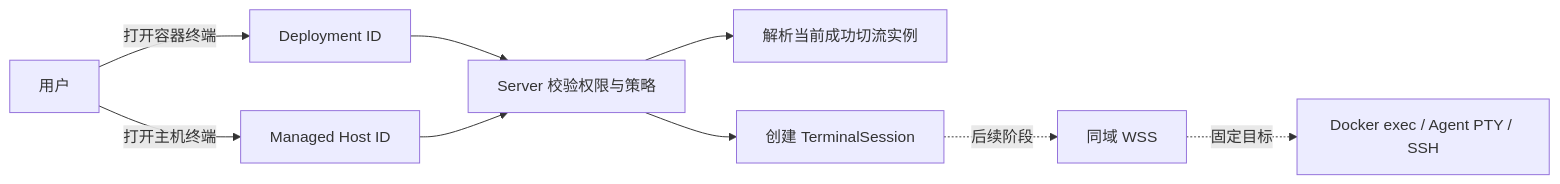
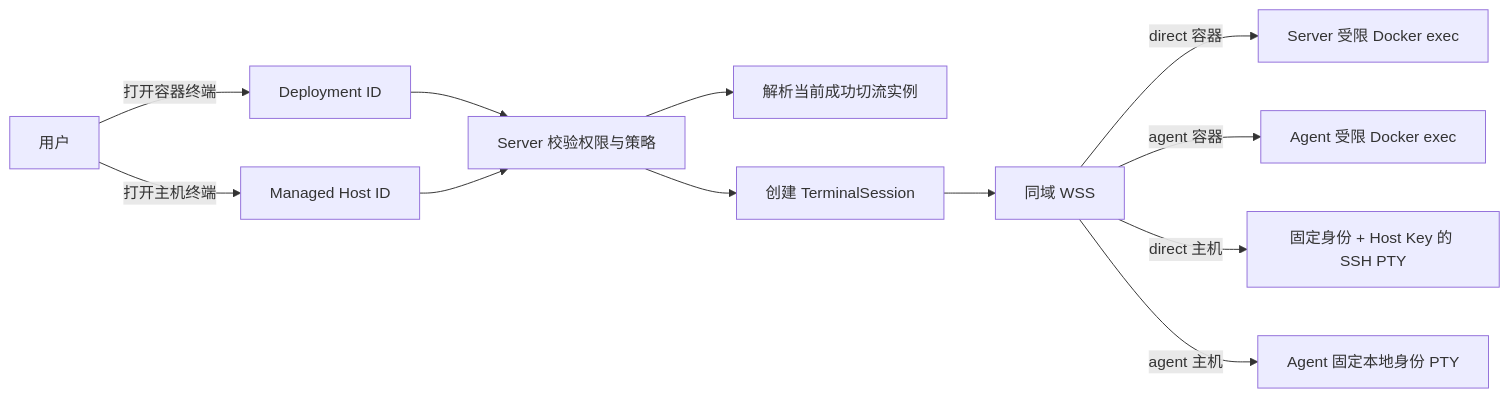
One commit to owndock/owndock changed the first of 5 diagrams in docs/terminal-sessions.md. Above: the diagram before and after it, drawn with Mermaid. The commit also changed other lines of this file and 95 other files, not shown here.

````diff
--- a/docs/terminal-sessions.md
+++ b/docs/terminal-sessions.md
@@ -14,11 +14,14 @@
 ```mermaid
 flowchart LR
     U[用户] -->|打开容器终端| D[Deployment ID]
     D --> S[Server 校验权限与策略]
     S --> C[解析当前成功切流实例]
     U -->|打开主机终端| H[Managed Host ID]
     H --> S
     S --> TS[创建 TerminalSession]
-    TS -.后续阶段.-> W[同域 WSS]
-    W -.固定目标.-> G[Docker exec / Agent PTY / SSH]
+    TS --> W[同域 WSS]
+    W -->|direct 容器| G[Server 受限 Docker exec]
+    W -->|agent 容器| AG[Agent 受限 Docker exec]
+    W -->|direct 主机| SSH[固定身份 + Host Key 的 SSH PTY]
+    W -->|agent 主机| P[Agent 固定本地身份 PTY]
 ```
````
